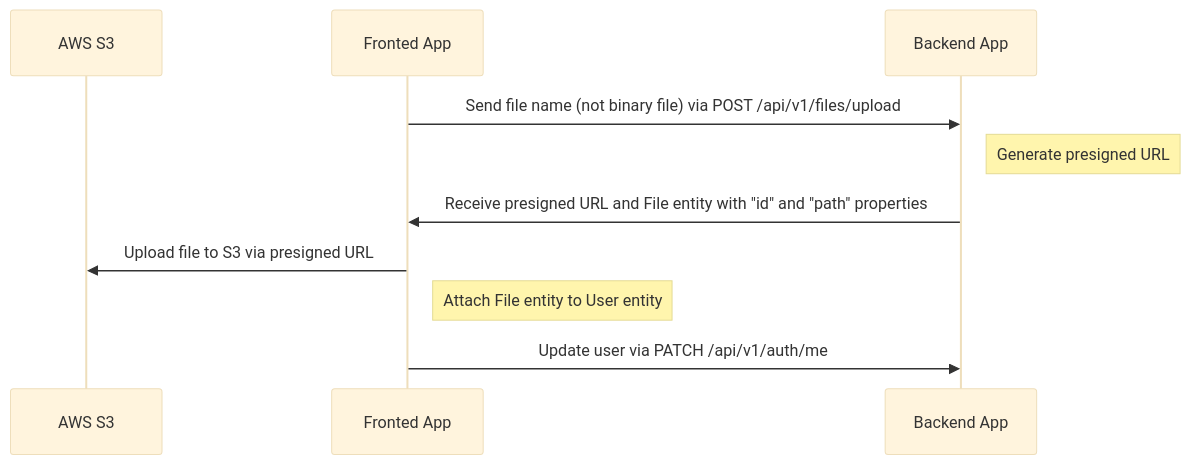
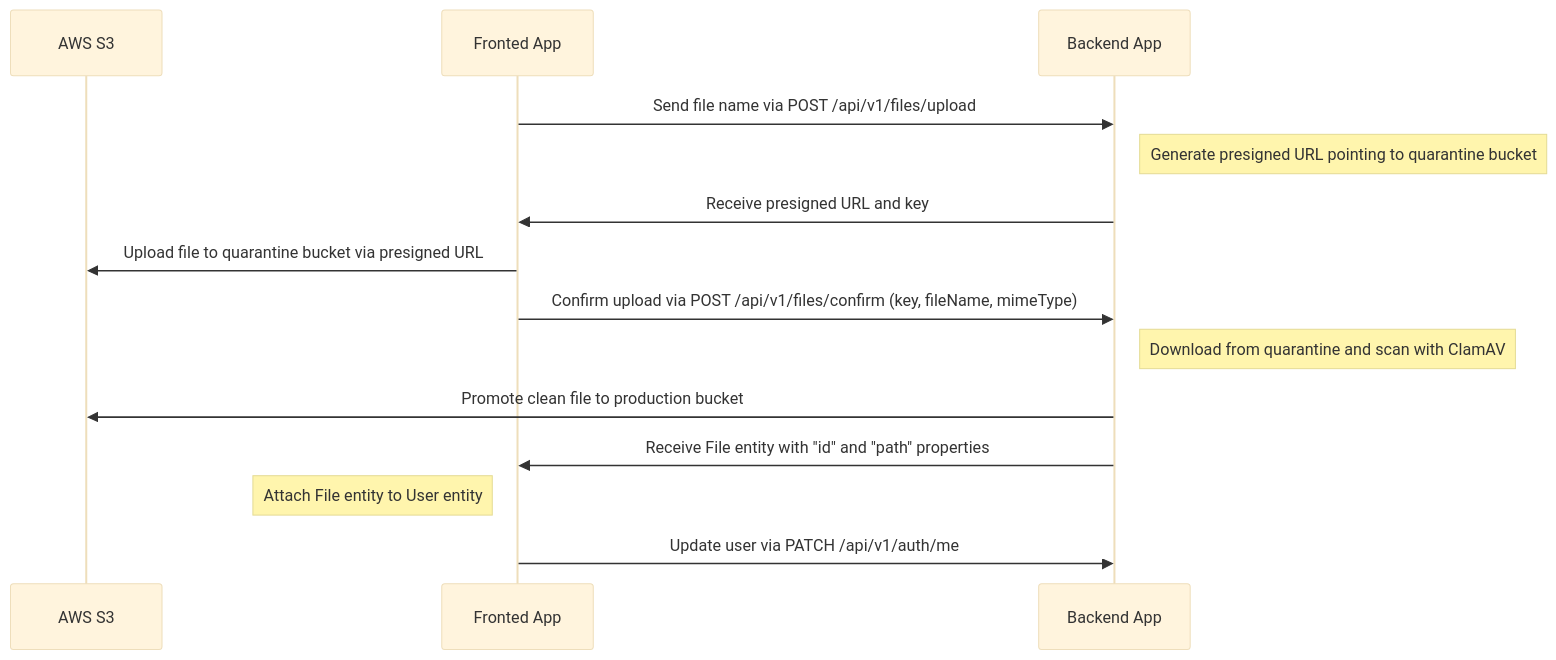
The third of 5 diagrams in docs/file-uploading.md (brocoders/nestjs-boilerplate), drawn with Mermaid (base theme) before and after one commit. The commit also changed other lines of this file and 10 other files, not shown here.

````diff
--- a/docs/file-uploading.md
+++ b/docs/file-uploading.md
@@ -160,14 +169,17 @@
 ```mermaid
 sequenceDiagram
     participant C as AWS S3
     participant A as Fronted App
-    
     participant B as Backend App
 
-    A->>B: Send file name (not binary file) via POST /api/v1/files/upload
-    note right of B: Generate presigned URL
-    B->>A: Receive presigned URL and File entity with "id" and "path" properties
-    A->>C: Upload file to S3 via presigned URL
-    note right of A: Attach File entity to User entity
+    A->>B: Send file name via POST /api/v1/files/upload
+    note right of B: Generate presigned URL pointing to quarantine bucket
+    B->>A: Receive presigned URL and key
+    A->>C: Upload file to quarantine bucket via presigned URL
+    A->>B: Confirm upload via POST /api/v1/files/confirm (key, fileName, mimeType)
+    note right of B: Download from quarantine and scan with ClamAV
+    B->>C: Promote clean file to production bucket
+    B->>A: Receive File entity with "id" and "path" properties
+    note left of A: Attach File entity to User entity
     A->>B: Update user via PATCH /api/v1/auth/me
 ```
````
